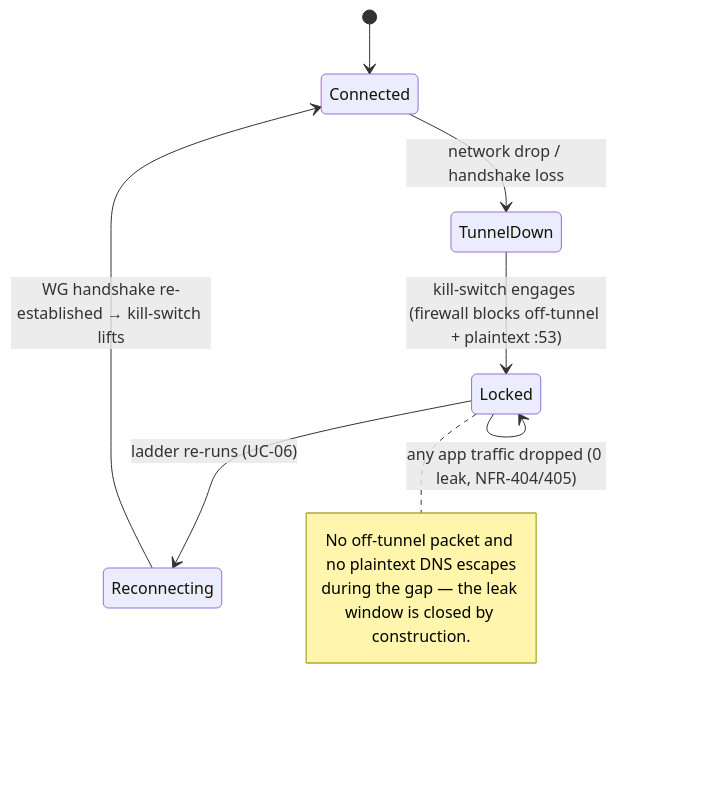
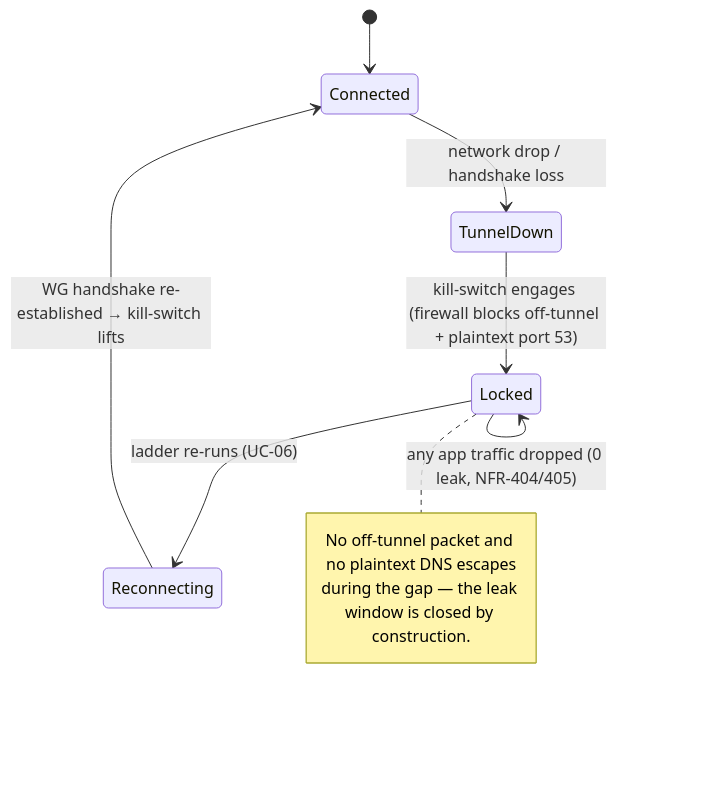
One commit to HelixDevelopment/helix_vpn changed the seventh of 8 diagrams in docs/research/mvp/final/v01-product/use-cases-and-journeys.md. Above: the diagram before and after it, drawn with Mermaid. The commit also changed other lines of this file and 284 other files, not shown here.

First line of the commit message:
docs(spec): mermaid rendering fix + workable-items DB + docs_chain wiring (§11.4.168/.93/.106)

````diff
--- a/docs/research/mvp/final/v01-product/use-cases-and-journeys.md
+++ b/docs/research/mvp/final/v01-product/use-cases-and-journeys.md
@@ -381,13 +381,13 @@
 ```mermaid
 stateDiagram-v2
   [*] --> Connected
   Connected --> TunnelDown: network drop / handshake loss
-  TunnelDown --> Locked: kill-switch engages (firewall blocks off-tunnel + plaintext :53)
+  TunnelDown --> Locked: kill-switch engages (firewall blocks off-tunnel + plaintext port 53)
   Locked --> Locked: any app traffic dropped (0 leak, NFR-404/405)
   Locked --> Reconnecting: ladder re-runs (UC-06)
   Reconnecting --> Connected: WG handshake re-established → kill-switch lifts
   note right of Locked
     No off-tunnel packet and no plaintext DNS escapes
     during the gap — the leak window is closed by construction.
   end note
 ```
````
